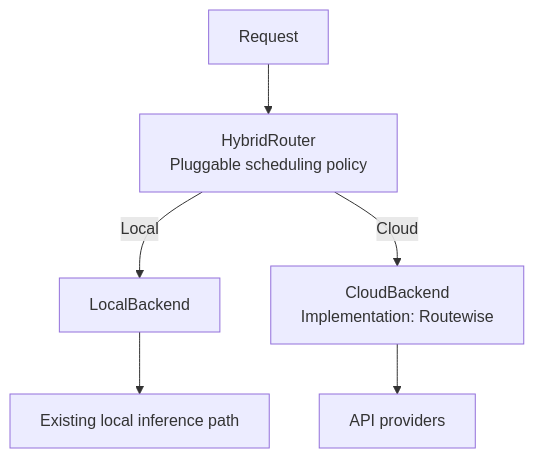
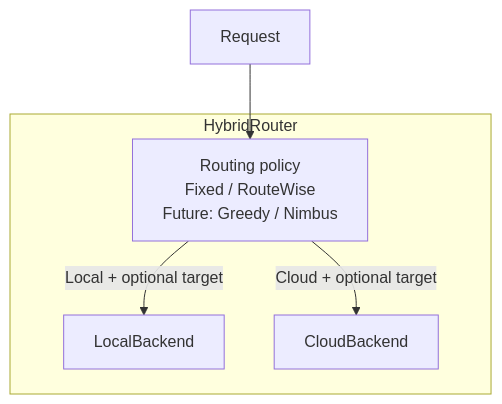
The diagram in docs/agents/specs/2026-09-12-hybrid-routing-abstraction-design.zh.md (HarvardMadSys/hybridInference), drawn with Mermaid before and after one commit. The commit also changed other lines of this file and 2 other files, not shown here.

````diff
--- a/docs/agents/specs/2026-09-12-hybrid-routing-abstraction-design.zh.md
+++ b/docs/agents/specs/2026-09-12-hybrid-routing-abstraction-design.zh.md
@@ -17,8 +25,11 @@
 ```mermaid
 flowchart TD
-    R["Request"] --> H["HybridRouter<br/>Pluggable scheduling policy"]
-    H -->|"Local"| L["LocalBackend"]
-    H -->|"Cloud"| C["CloudBackend<br/>Implementation: Routewise"]
-    L --> E["Existing local inference path"]
-    C --> A["API providers"]
+    R["Request"] --> P
+    subgraph H["HybridRouter"]
+        P["Routing policy<br/>Fixed / RouteWise<br/>Future: Greedy / Nimbus"]
+        L["LocalBackend"]
+        C["CloudBackend"]
+        P -->|"Local + optional target"| L
+        P -->|"Cloud + optional target"| C
+    end
 ```
````
